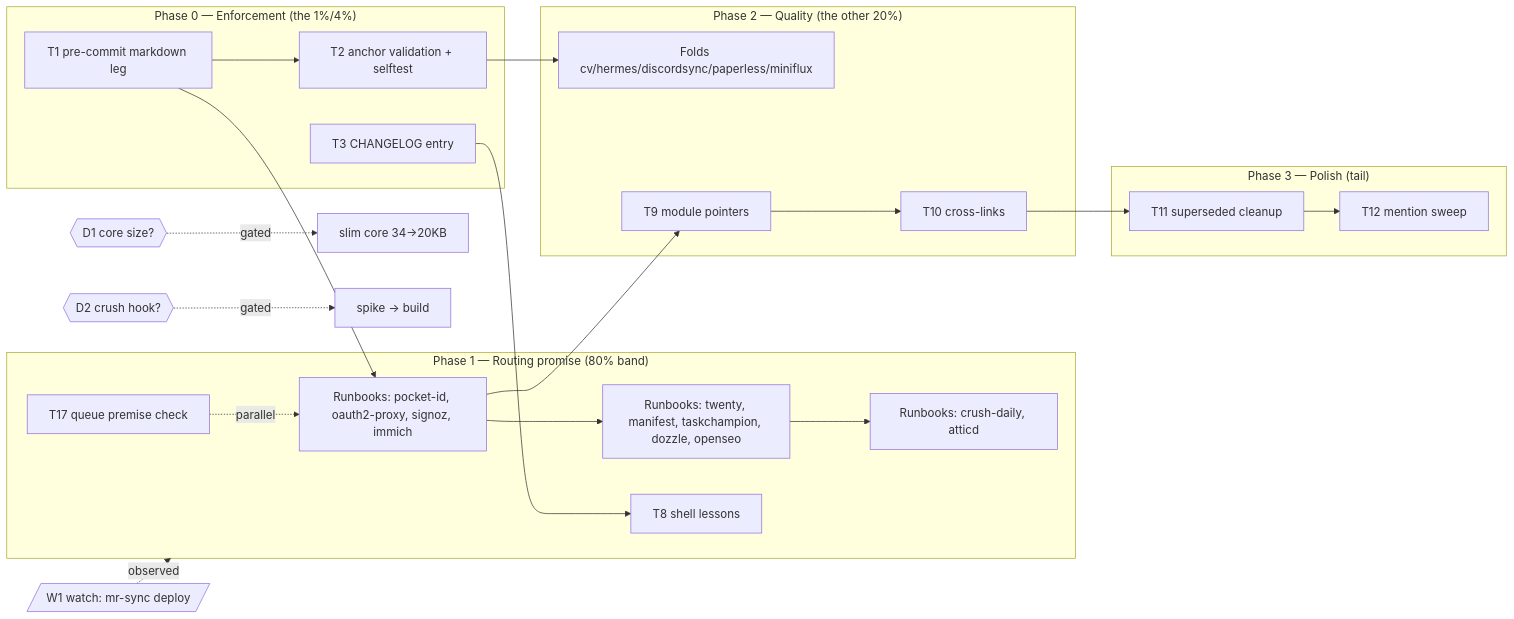
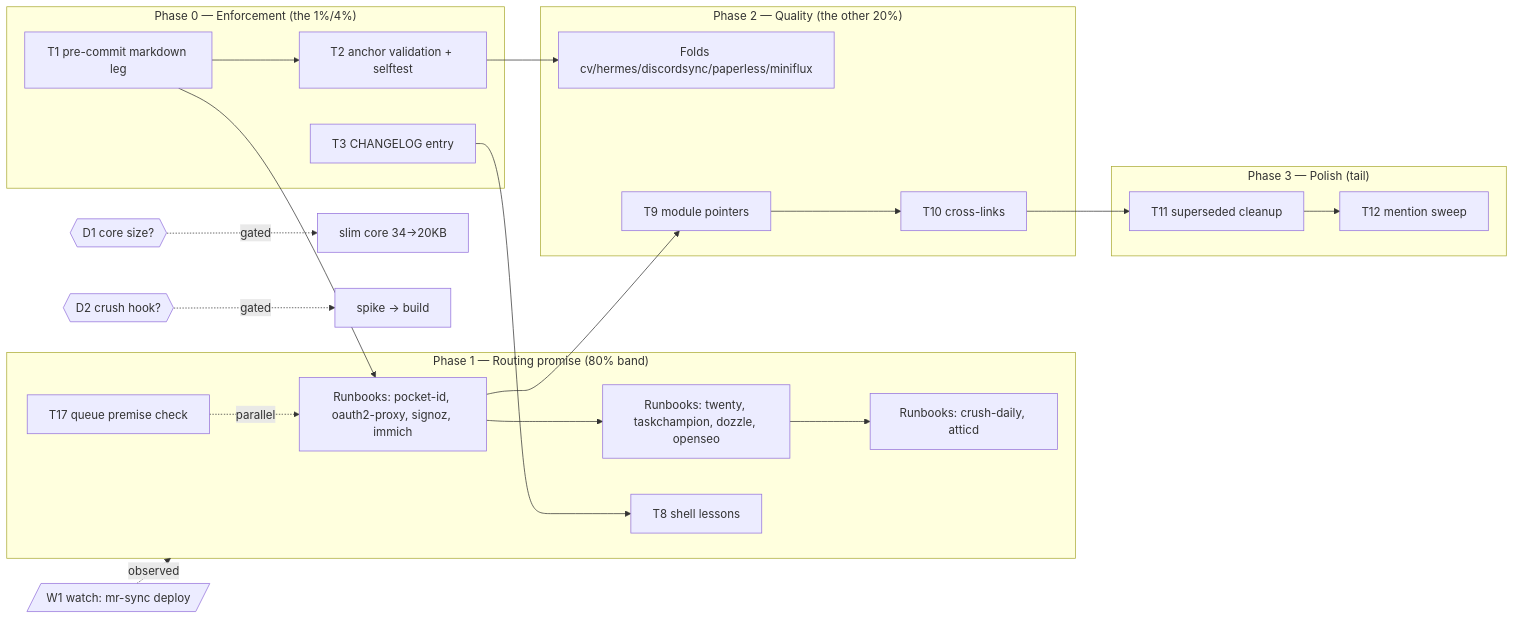
Before and after one commit to LarsArtmann/SystemNix: the diagram in docs/planning/2026-10-01_03-00_AGENT-DOCS-DURABILITY-PARETO-PLAN.md, drawn with Mermaid. The commit also changed other lines of this file and 10 other files, not shown here.

````diff
--- a/docs/planning/2026-10-01_03-00_AGENT-DOCS-DURABILITY-PARETO-PLAN.md
+++ b/docs/planning/2026-10-01_03-00_AGENT-DOCS-DURABILITY-PARETO-PLAN.md
@@ -148,31 +148,31 @@
 ```mermaid
 flowchart LR
     subgraph P0["Phase 0 — Enforcement (the 1%/4%)"]
         T1[T1 pre-commit markdown leg] --> T2[T2 anchor validation + selftest]
         T3[T3 CHANGELOG entry]
     end
     subgraph P1["Phase 1 — Routing promise (80% band)"]
         B1[Runbooks: pocket-id, oauth2-proxy, signoz, immich]
-        B2[Runbooks: twenty, manifest, taskchampion, dozzle, openseo]
+        B2[Runbooks: twenty, taskchampion, dozzle, openseo]
         B3[Runbooks: crush-daily, atticd]
         T8[T8 shell lessons]
         T17[T17 queue premise check]
     end
     subgraph P2["Phase 2 — Quality (the other 20%)"]
         F[Folds cv/hermes/discordsync/paperless/miniflux]
         T9[T9 module pointers]
         T10[T10 cross-links]
     end
     subgraph P3["Phase 3 — Polish (tail)"]
         T11[T11 superseded cleanup]
         T12[T12 mention sweep]
     end
     D1{{"D1 core size?"}} -.gated.-> MD1[slim core 34→20KB]
     D2{{"D2 crush hook?"}} -.gated.-> MD2[spike → build]
     T1 --> B1 --> B2 --> B3
     T2 --> F
     T3 --> T8
     B1 --> T9 --> T10 --> T11 --> T12
     T17 -.parallel.-> B1
     W1[/"W1 watch: mr-sync deploy"/] -.observed.-> P1
 ```
````
